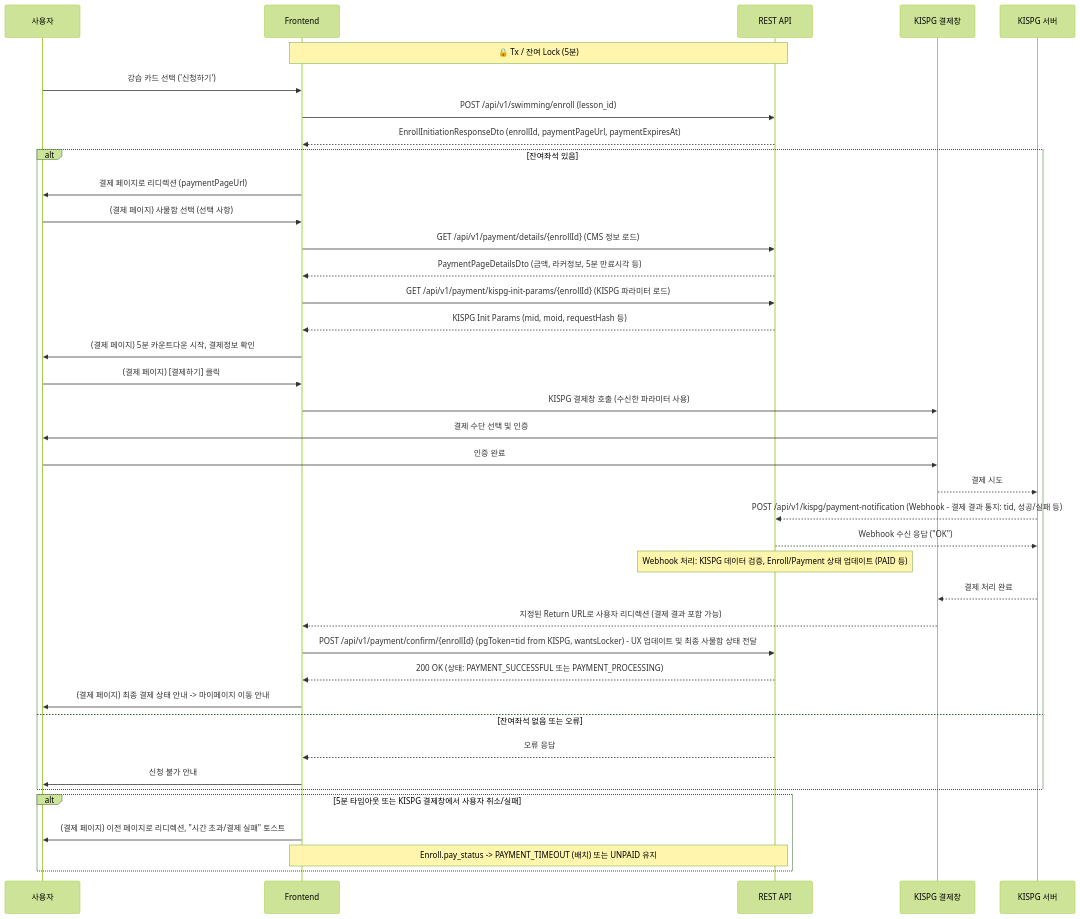
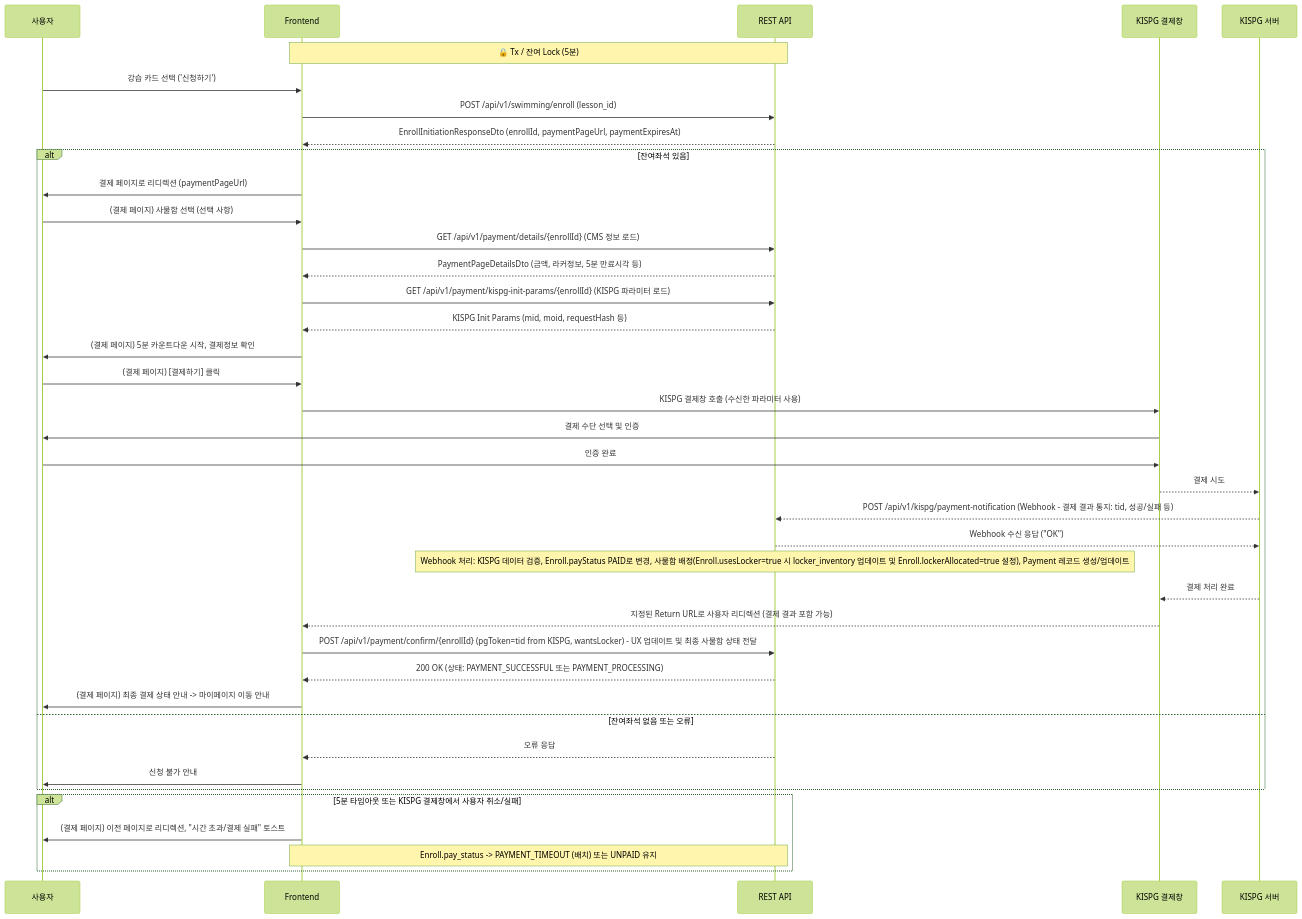
The diagram in Docs/cms/swim-user.md (Russ481-k/arpina-server), drawn with Mermaid (forest theme) before and after one commit. The commit also changed other lines of this file and 33 other files, not shown here.

First line of the commit message:
Enhance KISPG payment integration and update related documentation

````diff
--- a/Docs/cms/swim-user.md
+++ b/Docs/cms/swim-user.md
@@ -31,44 +31,44 @@
   ```mermaid
   sequenceDiagram
       participant U as 사용자
       participant FE as Frontend
       participant API as REST API
       participant KISPG_Window as KISPG 결제창
       participant KISPG_Server as KISPG 서버
 
       Note over FE,API: 🔒 Tx / 잔여 Lock (5분)
       U->>FE: 강습 카드 선택 ('신청하기')
       FE->>API: POST /api/v1/swimming/enroll (lesson_id)
       API-->>FE: EnrollInitiationResponseDto (enrollId, paymentPageUrl, paymentExpiresAt)
 
       alt 잔여좌석 있음
           FE->>U: 결제 페이지로 리디렉션 (paymentPageUrl)
           U->>FE: (결제 페이지) 사물함 선택 (선택 사항)
           FE->>API: GET /api/v1/payment/details/{enrollId} (CMS 정보 로드)
           API-->>FE: PaymentPageDetailsDto (금액, 라커정보, 5분 만료시각 등)
           FE->>API: GET /api/v1/payment/kispg-init-params/{enrollId} (KISPG 파라미터 로드)
           API-->>FE: KISPG Init Params (mid, moid, requestHash 등)
           FE->>U: (결제 페이지) 5분 카운트다운 시작, 결제정보 확인
           U->>FE: (결제 페이지) [결제하기] 클릭
           FE->>KISPG_Window: KISPG 결제창 호출 (수신한 파라미터 사용)
           KISPG_Window->>U: 결제 수단 선택 및 인증
           U->>KISPG_Window: 인증 완료
           KISPG_Window-->>KISPG_Server: 결제 시도
           KISPG_Server-->>API: POST /api/v1/kispg/payment-notification (Webhook - 결제 결과 통지: tid, 성공/실패 등)
           API-->>KISPG_Server: Webhook 수신 응답 ("OK")
-          Note over API: Webhook 처리: KISPG 데이터 검증, Enroll/Payment 상태 업데이트 (PAID 등)
+          Note over API: Webhook 처리: KISPG 데이터 검증, Enroll.payStatus PAID로 변경, 사물함 배정(Enroll.usesLocker=true 시 locker_inventory 업데이트 및 Enroll.lockerAllocated=true 설정), Payment 레코드 생성/업데이트
           KISPG_Server-->>KISPG_Window: 결제 처리 완료
           KISPG_Window-->>FE: 지정된 Return URL로 사용자 리디렉션 (결제 결과 포함 가능)
           FE->>API: POST /api/v1/payment/confirm/{enrollId} (pgToken=tid from KISPG, wantsLocker) - UX 업데이트 및 최종 사물함 상태 전달
           API-->>FE: 200 OK (상태: PAYMENT_SUCCESSFUL 또는 PAYMENT_PROCESSING)
           FE->>U: (결제 페이지) 최종 결제 상태 안내 -> 마이페이지 이동 안내
       else 잔여좌석 없음 또는 오류
           API-->>FE: 오류 응답
           FE->>U: 신청 불가 안내
       end
 
       alt 5분 타임아웃 또는 KISPG 결제창에서 사용자 취소/실패
           FE->>U: (결제 페이지) 이전 페이지로 리디렉션, "시간 초과/결제 실패" 토스트
           Note over FE,API: Enroll.pay_status -> PAYMENT_TIMEOUT (배치) 또는 UNPAID 유지
       end
   ```
````
